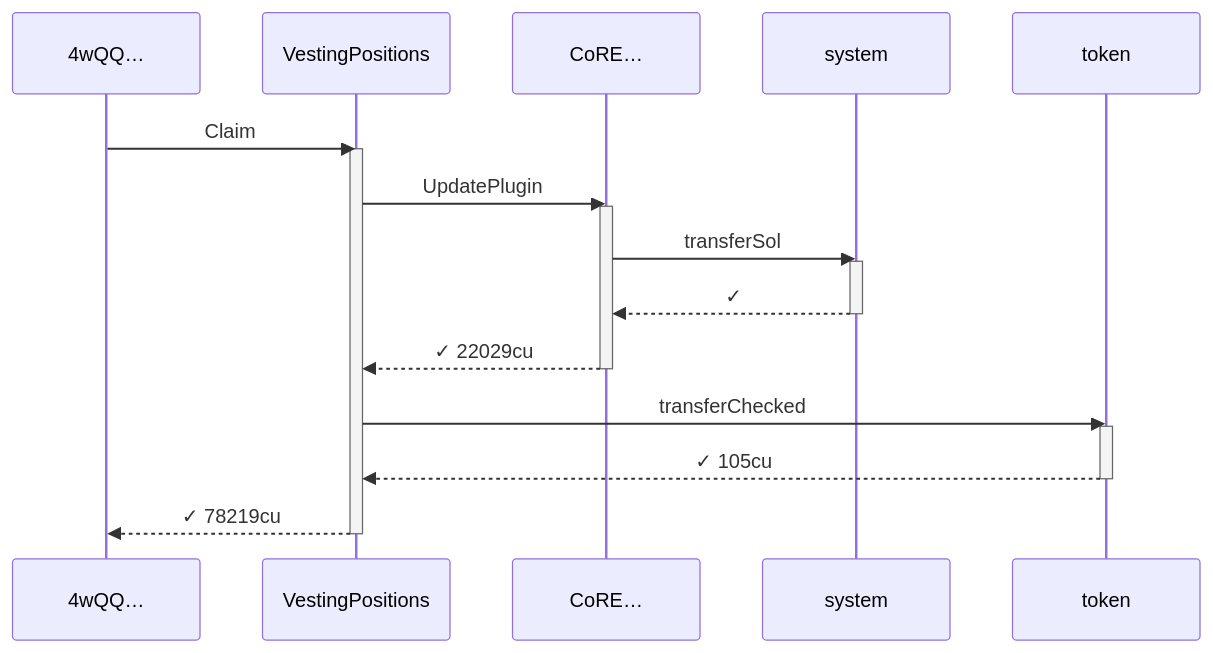
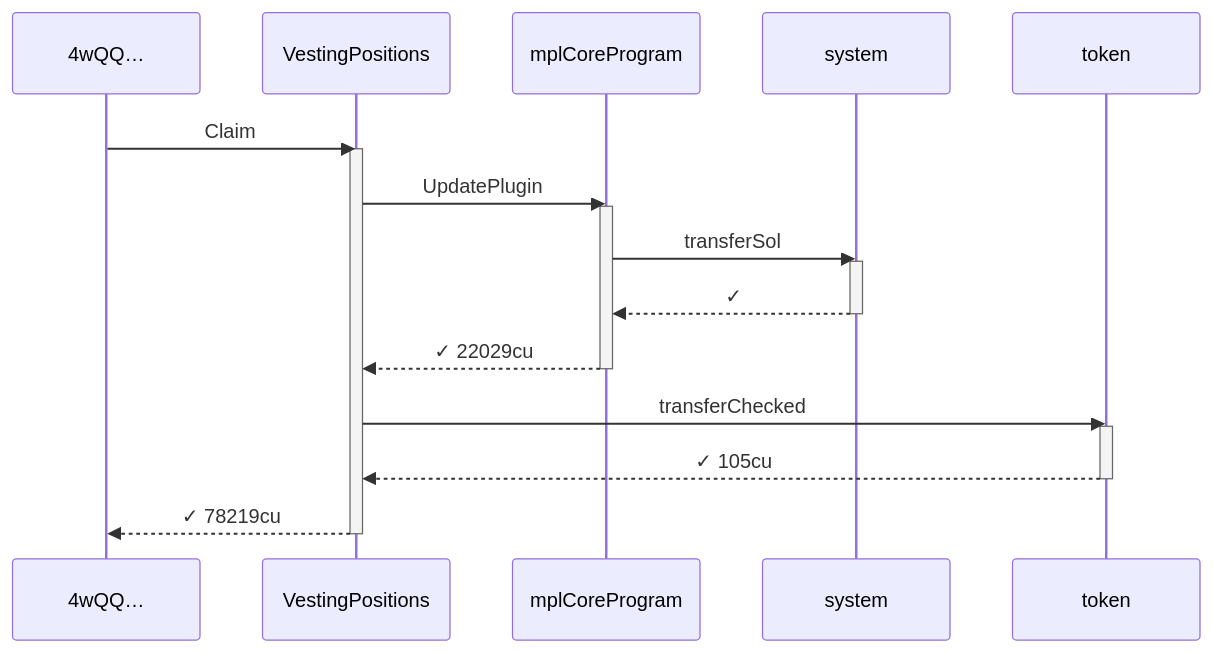
One commit to cds-turbin3/vesting-position changed the seventh of 9 diagrams in babelfish-tests/test-report/fully_claimed_non_transferable_has_no_asset_freeze.md. Above: the diagram before and after it, drawn with Mermaid. The commit also changed other lines of this file and 106 other files, not shown here.

````diff
--- a/babelfish-tests/test-report/fully_claimed_non_transferable_has_no_asset_freeze.md
+++ b/babelfish-tests/test-report/fully_claimed_non_transferable_has_no_asset_freeze.md
@@ -375,24 +373,24 @@
 ```mermaid
 sequenceDiagram
     participant p0 as 4wQQ…
     participant p1 as VestingPositions
-    participant p2 as CoRE…
+    participant p2 as mplCoreProgram
     participant p3 as system
     participant p4 as token
     p0->>p1: Claim
     activate p1
     p1->>p2: UpdatePlugin
     activate p2
     p2->>p3: transferSol
     activate p3
     p3-->>p2: ✓
     deactivate p3
     p2-->>p1: ✓ 22029cu
     deactivate p2
     p1->>p4: transferChecked
     activate p4
     p4-->>p1: ✓ 105cu
     deactivate p4
     p1-->>p0: ✓ 78219cu
     deactivate p1
 ```
````
